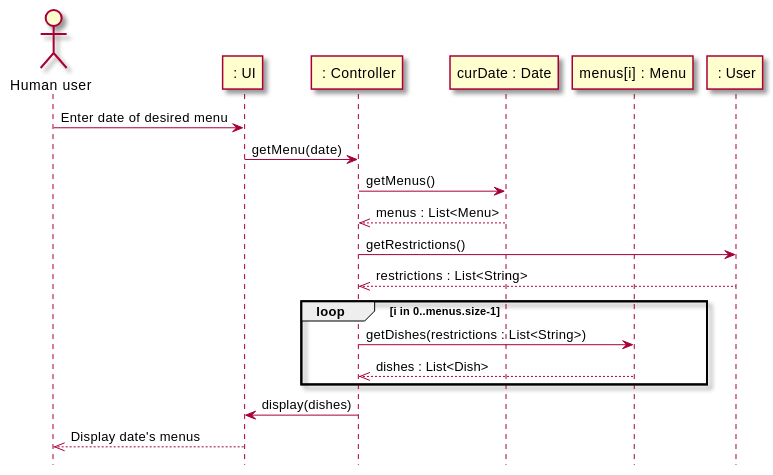
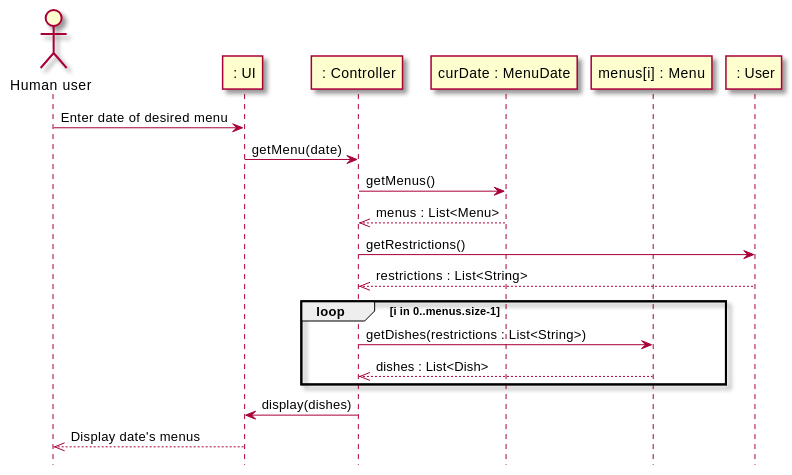
Before and after one commit to sashap100/Vassar-Dining-App: the second of 4 diagrams in intellij/doc/design.md, drawn with PlantUML. The commit also changed other lines of this file and 1 other file, not shown here.

Commit message:
Made Controller class file, updated class diagram and browse menu sequence diagram, added fetch web menu sequence diagram

````diff
--- a/intellij/doc/design.md
+++ b/intellij/doc/design.md
@@ -50,24 +64,24 @@
 ```plantuml
 skin rose
 
 hide footbox
 actor "Human user" as human
 participant " : UI" as ui
 participant " : Controller" as controller
-participant "curDate : Date" as date
+participant "curDate : MenuDate" as date
 participant "menus[i] : Menu" as menu
 participant " : User" as user
 
 human -> ui : Enter date of desired menu
 ui -> controller : getMenu(date)
 controller -> date: getMenus()
 date -->> controller : menus : List<Menu>
 controller -> user : getRestrictions()
 user -->> controller : restrictions : List<String>
 loop i in 0..menus.size-1
     controller -> menu : getDishes(restrictions : List<String>)
     menu -->> controller : dishes : List<Dish>
 end
 controller -> ui : display(dishes)
 ui -->> human : Display date's menus
 ```
````
